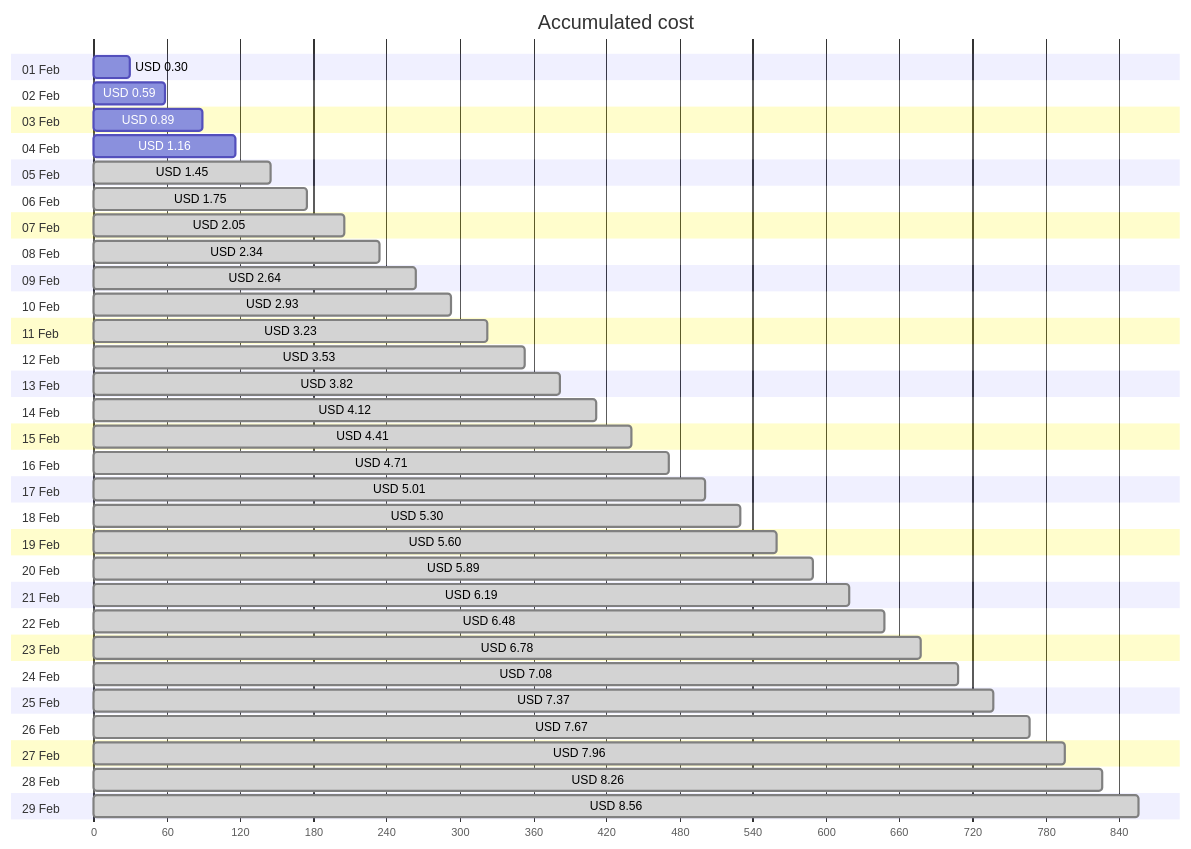
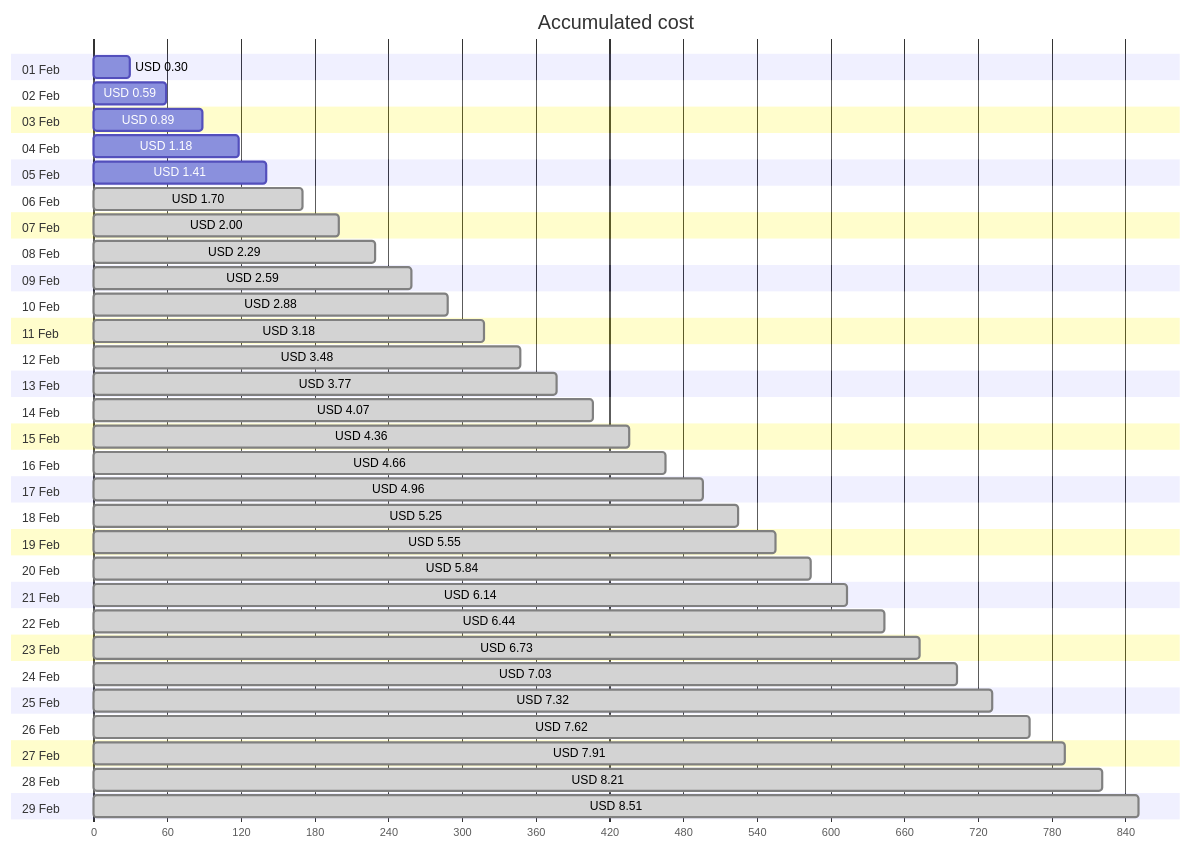
Before and after one commit to jpfulton/azure-personal-reports: the first of 4 diagrams in cost-reports/personal-site/personal-site.md, drawn with Mermaid. The commit also changed other lines of this file and 6 other files, not shown here.

````diff
--- a/cost-reports/personal-site/personal-site.md
+++ b/cost-reports/personal-site/personal-site.md
@@ -20,64 +20,64 @@
 ```mermaid
 gantt
    title Accumulated cost
    dateFormat  X
    axisFormat %s
    section 01 Feb
    USD 0.30 :0, 30
    section 02 Feb
    USD 0.59 :0, 59
    section 03 Feb
    USD 0.89 :0, 89
    section 04 Feb
-   USD 1.16 :0, 116
+   USD 1.18 :0, 118
    section 05 Feb
-   USD 1.45 : done, 0, 145
+   USD 1.41 :0, 141
    section 06 Feb
-   USD 1.75 : done, 0, 175
+   USD 1.70 : done, 0, 170
    section 07 Feb
-   USD 2.05 : done, 0, 205
+   USD 2.00 : done, 0, 200
    section 08 Feb
-   USD 2.34 : done, 0, 234
+   USD 2.29 : done, 0, 229
    section 09 Feb
-   USD 2.64 : done, 0, 264
+   USD 2.59 : done, 0, 259
    section 10 Feb
-   USD 2.93 : done, 0, 293
+   USD 2.88 : done, 0, 288
    section 11 Feb
-   USD 3.23 : done, 0, 323
+   USD 3.18 : done, 0, 318
    section 12 Feb
-   USD 3.53 : done, 0, 353
+   USD 3.48 : done, 0, 348
    section 13 Feb
-   USD 3.82 : done, 0, 382
+   USD 3.77 : done, 0, 377
    section 14 Feb
-   USD 4.12 : done, 0, 412
+   USD 4.07 : done, 0, 407
    section 15 Feb
-   USD 4.41 : done, 0, 441
+   USD 4.36 : done, 0, 436
    section 16 Feb
-   USD 4.71 : done, 0, 471
+   USD 4.66 : done, 0, 466
    section 17 Feb
-   USD 5.01 : done, 0, 501
+   USD 4.96 : done, 0, 496
    section 18 Feb
-   USD 5.30 : done, 0, 530
+   USD 5.25 : done, 0, 525
    section 19 Feb
-   USD 5.60 : done, 0, 560
+   USD 5.55 : done, 0, 555
    section 20 Feb
-   USD 5.89 : done, 0, 589
+   USD 5.84 : done, 0, 584
    section 21 Feb
-   USD 6.19 : done, 0, 619
+   USD 6.14 : done, 0, 614
    section 22 Feb
-   USD 6.48 : done, 0, 648
+   USD 6.44 : done, 0, 644
    section 23 Feb
-   USD 6.78 : done, 0, 678
+   USD 6.73 : done, 0, 673
    section 24 Feb
-   USD 7.08 : done, 0, 708
+   USD 7.03 : done, 0, 703
    section 25 Feb
-   USD 7.37 : done, 0, 737
+   USD 7.32 : done, 0, 732
    section 26 Feb
-   USD 7.67 : done, 0, 767
+   USD 7.62 : done, 0, 762
    section 27 Feb
-   USD 7.96 : done, 0, 796
+   USD 7.91 : done, 0, 791
    section 28 Feb
-   USD 8.26 : done, 0, 826
+   USD 8.21 : done, 0, 821
    section 29 Feb
-   USD 8.56 : done, 0, 856
+   USD 8.51 : done, 0, 851
 ```
````
